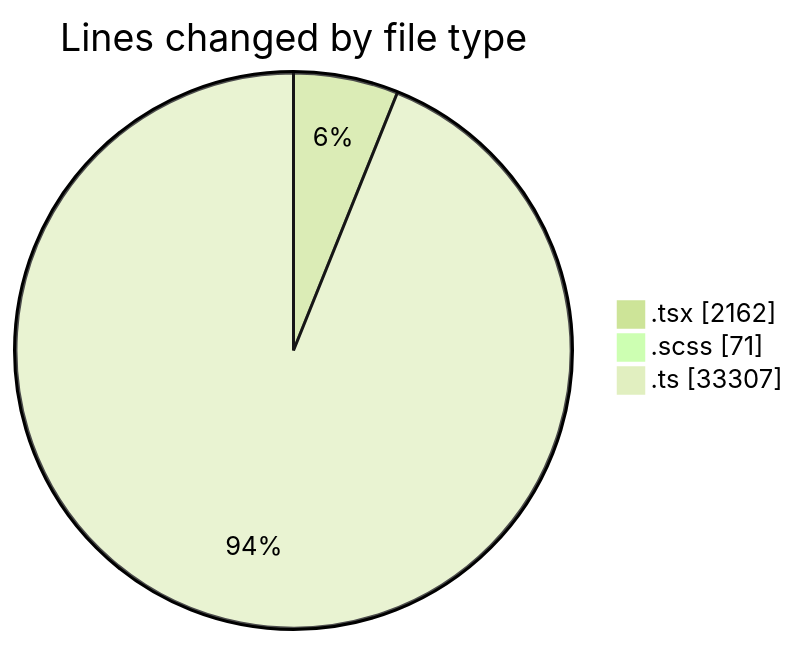
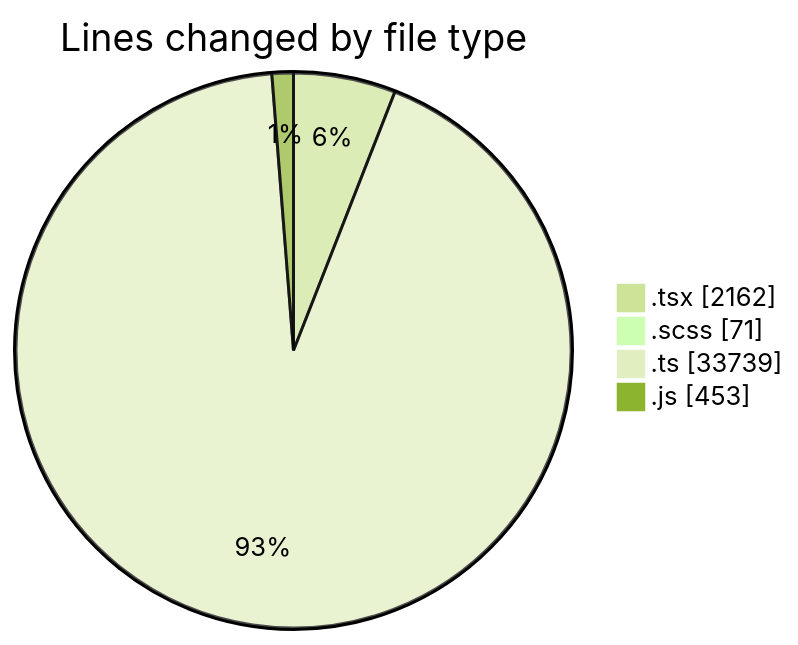
Before and after one commit to momahboobian/code-tracking: the first of 2 diagrams in 2026-09-10/cda/README.md, drawn with Mermaid (forest theme). The commit also changed other lines of this file and 1 other file, not shown here.

````diff
--- a/2026-09-10/cda/README.md
+++ b/2026-09-10/cda/README.md
@@ -34,7 +39,8 @@
 ```mermaid
 pie showData
 title Lines changed by file type
 ".tsx" : 2162
 ".scss" : 71
-".ts" : 33307
+".ts" : 33739
+".js" : 453
 ```
````
